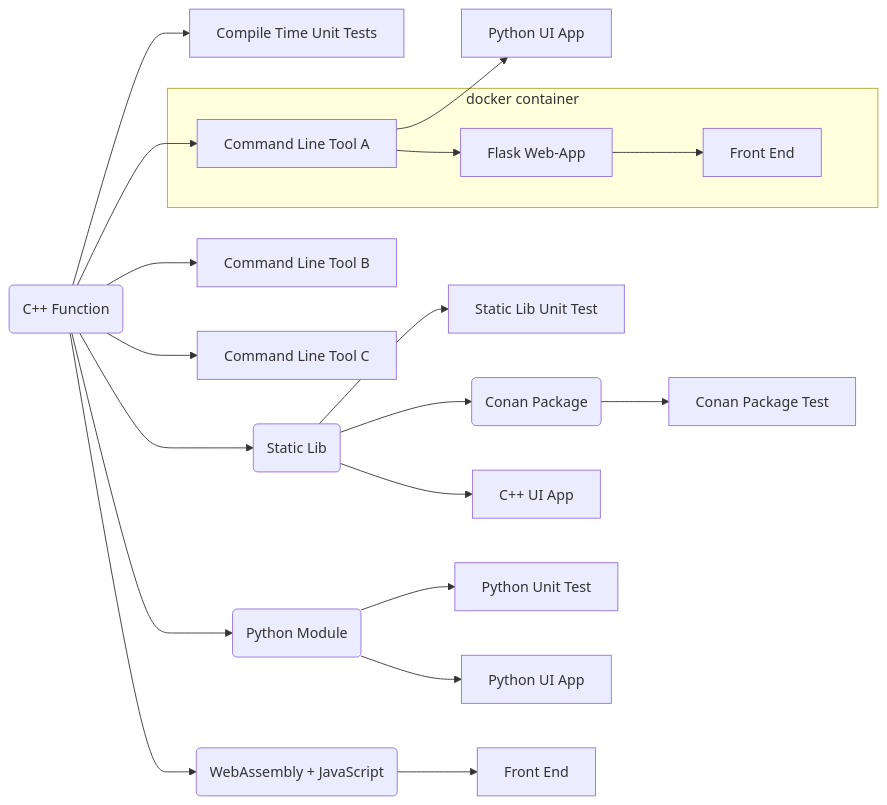
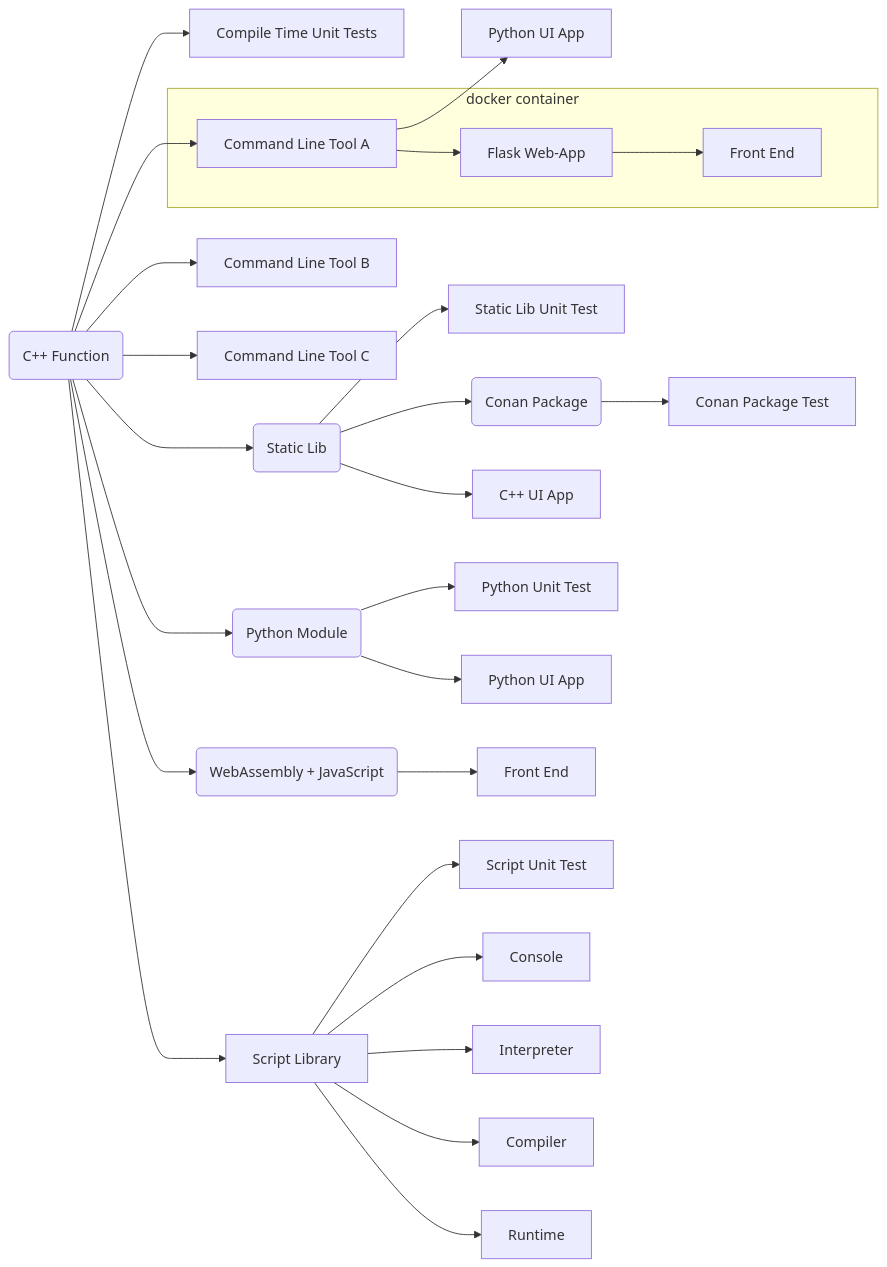
Before and after one commit to SebastianBach/full-stack: the diagram in README.md, drawn with Mermaid. The commit also changed other lines of this file and 42 other files, not shown here.

````diff
--- a/README.md
+++ b/README.md
@@ -30,34 +36,42 @@
 ```mermaid
   flowchart LR;
 
     F(C++ Function) --> CUT[Compile Time Unit Tests];
 
     F --> CLI1[Command Line Tool A]
     F --> CLI2[Command Line Tool B]
     F --> CLI3[Command Line Tool C]
 
     CLI1 --> PYAPP2[Python UI App]
 
     F --> LIB(Static Lib)
 
     LIB --> LIBTEST[Static Lib Unit Test]
     LIB --> C(Conan Package)
 
     LIB --> QTCPP[C++ UI App]
 
     C --> CT[Conan Package Test]
 
     F --> PY(Python Module)
 
     subgraph docker container
     CLI1 --> SERVER[Flask Web-App]
     SERVER --> FRONT[Front End]
     end
 
     PY --> PYTEST[Python Unit Test]
     PY --> PYAPP[Python UI App]
 
     F --> WASM(WebAssembly + JavaScript)
 
     WASM --> WASMF[Front End]
+
+    F --> SCRIPTLIB[Script Library]
+
+    SCRIPTLIB --> SCRIPT_TEST[Script Unit Test]
+    SCRIPTLIB --> SCRIPT_CONSOLE[Console]
+    SCRIPTLIB --> SCRIPT_INTERPRETER[Interpreter]
+    SCRIPTLIB --> SCRIPT_COMPILER[Compiler]
+    SCRIPTLIB --> SCRIPT_RUNTIME[Runtime]
 ```
````
